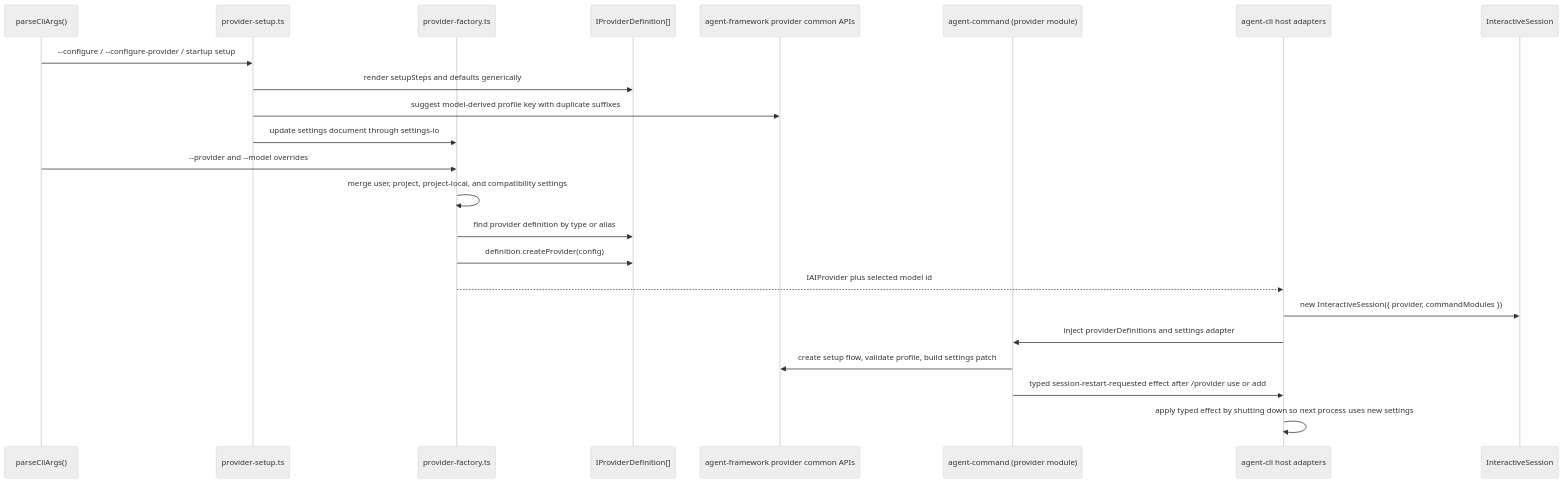
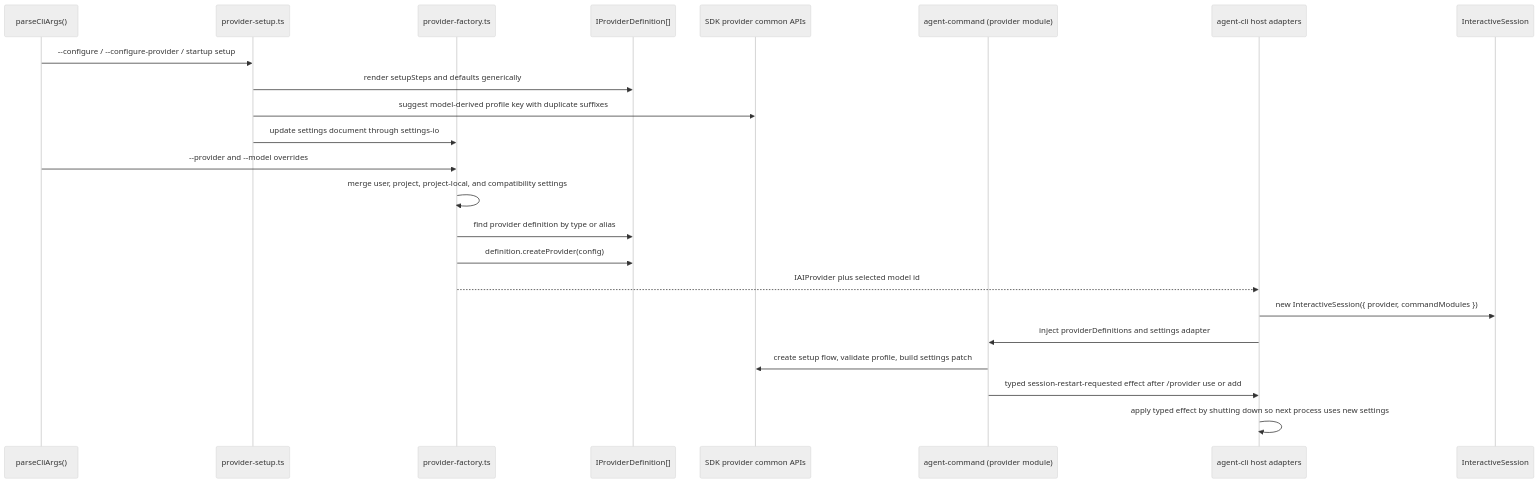
One commit to woojubb/robota changed the second of 2 diagrams in .agents/specs/architecture-map/agent-cli/commands-and-provider-flow.md. Above: the diagram before and after it, drawn with Mermaid (neutral theme). The commit also changed 66 other files, not shown here.

````diff
--- a/.agents/specs/architecture-map/agent-cli/commands-and-provider-flow.md
+++ b/.agents/specs/architecture-map/agent-cli/commands-and-provider-flow.md
@@ -49,26 +49,26 @@
 ```mermaid
 sequenceDiagram
   participant Args as parseCliArgs()
   participant Setup as provider-setup.ts
   participant Factory as provider-factory.ts
   participant Defs as IProviderDefinition[]
-  participant SDKCommon as agent-framework provider common APIs
+  participant SDKCommon as SDK provider common APIs
   participant Command as agent-command (provider module)
   participant CLI as agent-cli host adapters
   participant Session as InteractiveSession
 
   Args->>Setup: --configure / --configure-provider / startup setup
   Setup->>Defs: render setupSteps and defaults generically
   Setup->>SDKCommon: suggest model-derived profile key with duplicate suffixes
   Setup->>Factory: update settings document through settings-io
   Args->>Factory: --provider and --model overrides
   Factory->>Factory: merge user, project, project-local, and compatibility settings
   Factory->>Defs: find provider definition by type or alias
   Factory->>Defs: definition.createProvider(config)
   Factory-->>CLI: IAIProvider plus selected model id
   CLI->>Session: new InteractiveSession({ provider, commandModules })
   CLI->>Command: inject providerDefinitions and settings adapter
   Command->>SDKCommon: create setup flow, validate profile, build settings patch
   Command->>CLI: typed session-restart-requested effect after /provider use or add
   CLI->>CLI: apply typed effect by shutting down so next process uses new settings
 ```
````
